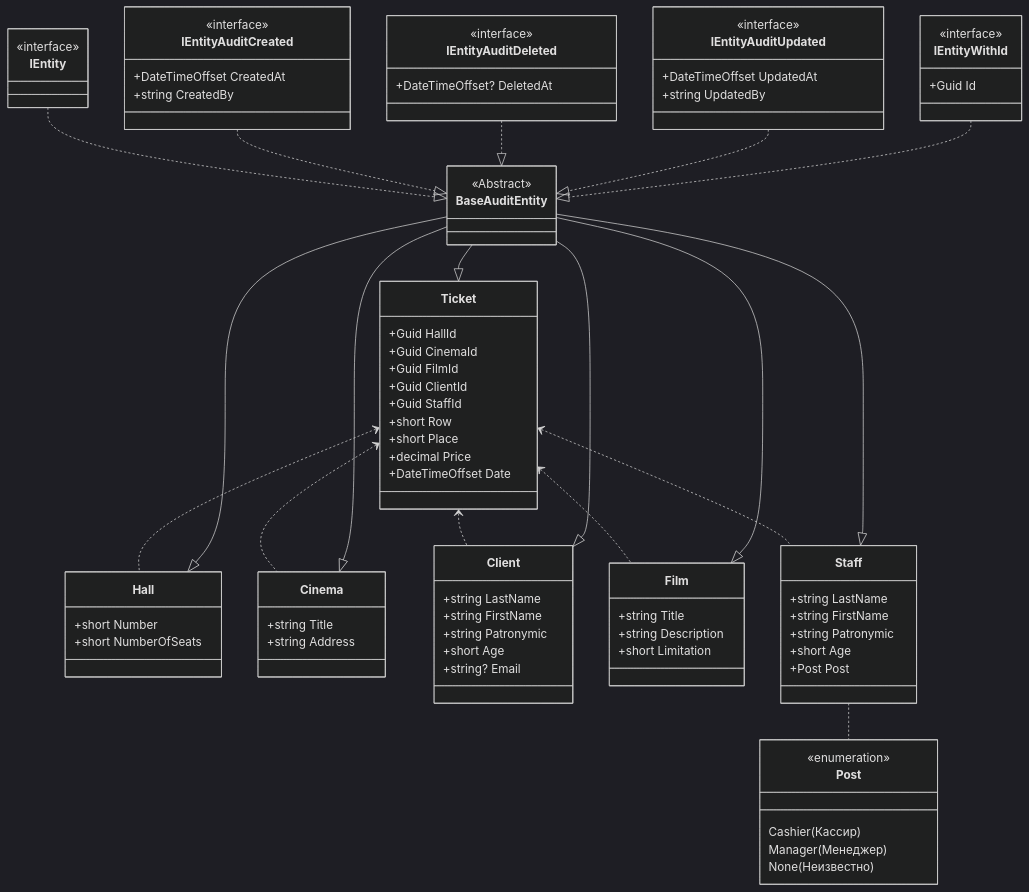
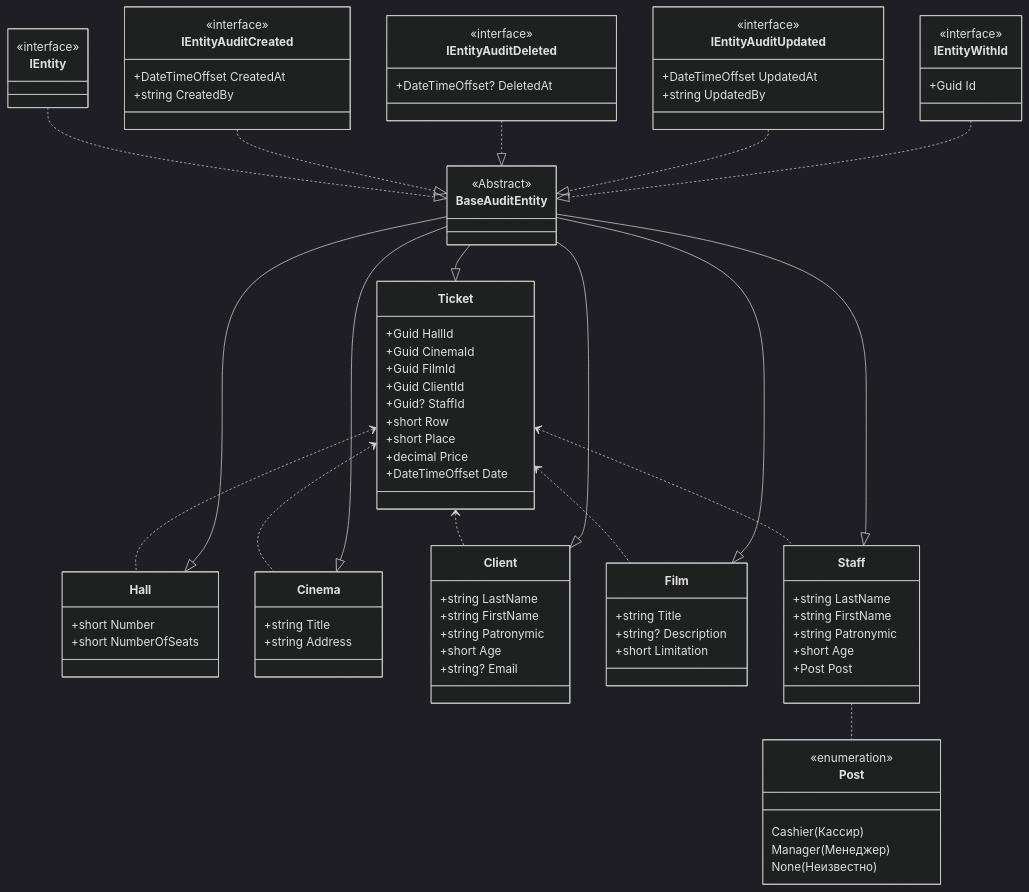
Before and after one commit to DenchikSlaziet/TicketSelling-API: the diagram in README.md, drawn with Mermaid (dark theme). The commit also changed 129 other files, not shown here.

```diff
--- a/README.md
+++ b/README.md
@@ -58,7 +58,7 @@
     }
     class Film {
         +string Title
-        +string Description
+        +string? Description
         +short Limitation
     }
 
@@ -74,7 +74,7 @@
         +Guid CinemaId
         +Guid FilmId
         +Guid ClientId
-        +Guid StaffId
+        +Guid? StaffId
         +short Row
         +short Place
         +decimal Price
```
